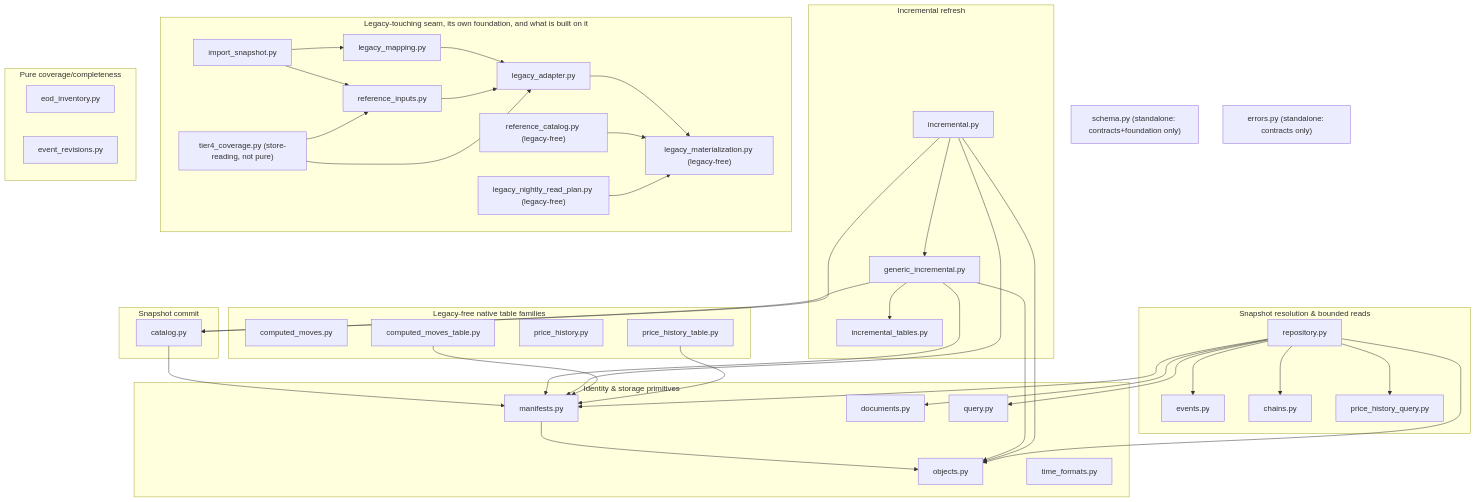
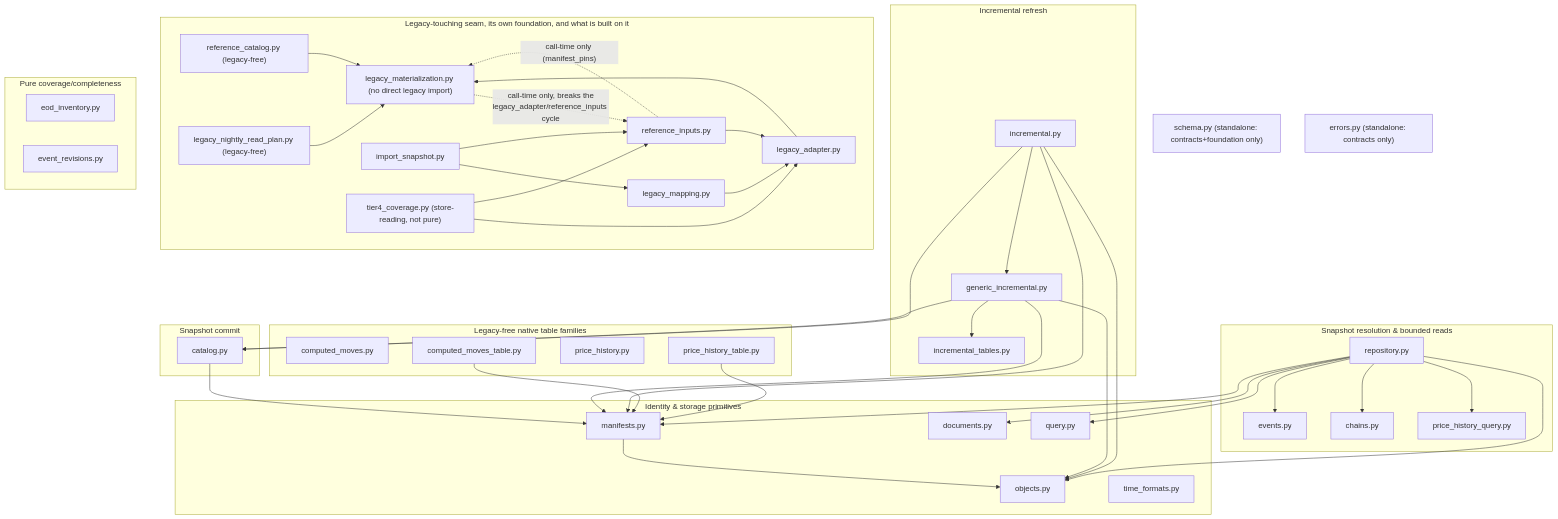
Before and after one commit to yshewchuk/investment-validation: the first of 2 diagrams in engine/v2/data/ARCHITECTURE.md, drawn with Mermaid. The commit also changed other lines of this file, not shown here.

````diff
--- a/engine/v2/data/ARCHITECTURE.md
+++ b/engine/v2/data/ARCHITECTURE.md
@@ -737,67 +763,69 @@
 ```mermaid
 flowchart TB
     subgraph identity["Identity & storage primitives"]
         objects["objects.py"]
         manifests["manifests.py"] --> objects
         documents["documents.py"]
         time_formats["time_formats.py"]
         query["query.py"]
     end
 
     subgraph commit["Snapshot commit"]
         catalog["catalog.py"] --> manifests
     end
 
     subgraph incr["Incremental refresh"]
         incremental_tables["incremental_tables.py"]
         generic_incremental["generic_incremental.py"] --> catalog
         generic_incremental --> manifests
         generic_incremental --> objects
         generic_incremental --> incremental_tables
         incremental["incremental.py"] --> generic_incremental
         incremental --> catalog
         incremental --> manifests
         incremental --> objects
     end
 
     subgraph reads["Snapshot resolution & bounded reads"]
         repository["repository.py"] --> manifests
         repository --> objects
         repository --> documents
         repository --> query
         events["events.py"]
         chains["chains.py"]
         price_history_query["price_history_query.py"]
         repository --> events
         repository --> chains
         repository --> price_history_query
     end
 
     subgraph legacy["Legacy-touching seam, its own foundation, and what is built on it"]
-        legacy_materialization["legacy_materialization.py (legacy-free)"]
+        legacy_materialization["legacy_materialization.py (no direct legacy import)"]
         legacy_adapter["legacy_adapter.py"] --> legacy_materialization
         legacy_mapping["legacy_mapping.py"] --> legacy_adapter
         reference_inputs["reference_inputs.py"] --> legacy_adapter
+        legacy_materialization -.->|"call-time only, breaks the\nlegacy_adapter/reference_inputs cycle"| reference_inputs
+        reference_inputs -.->|"call-time only (manifest_pins)"| legacy_materialization
         reference_catalog["reference_catalog.py (legacy-free)"] --> legacy_materialization
         import_snapshot["import_snapshot.py"] --> legacy_mapping
         import_snapshot --> reference_inputs
         legacy_nightly_read_plan["legacy_nightly_read_plan.py (legacy-free)"] --> legacy_materialization
         tier4_coverage["tier4_coverage.py (store-reading, not pure)"] --> legacy_adapter
         tier4_coverage --> reference_inputs
     end
 
     subgraph native["Legacy-free native table families"]
         computed_moves["computed_moves.py"]
         computed_moves_table["computed_moves_table.py"] --> manifests
         price_history["price_history.py"]
         price_history_table["price_history_table.py"] --> manifests
     end
 
     subgraph coverage["Pure coverage/completeness"]
         eod_inventory["eod_inventory.py"]
         event_revisions["event_revisions.py"]
     end
 
     schema["schema.py (standalone: contracts+foundation only)"]
     errors["errors.py (standalone: contracts only)"]
 ```
````
